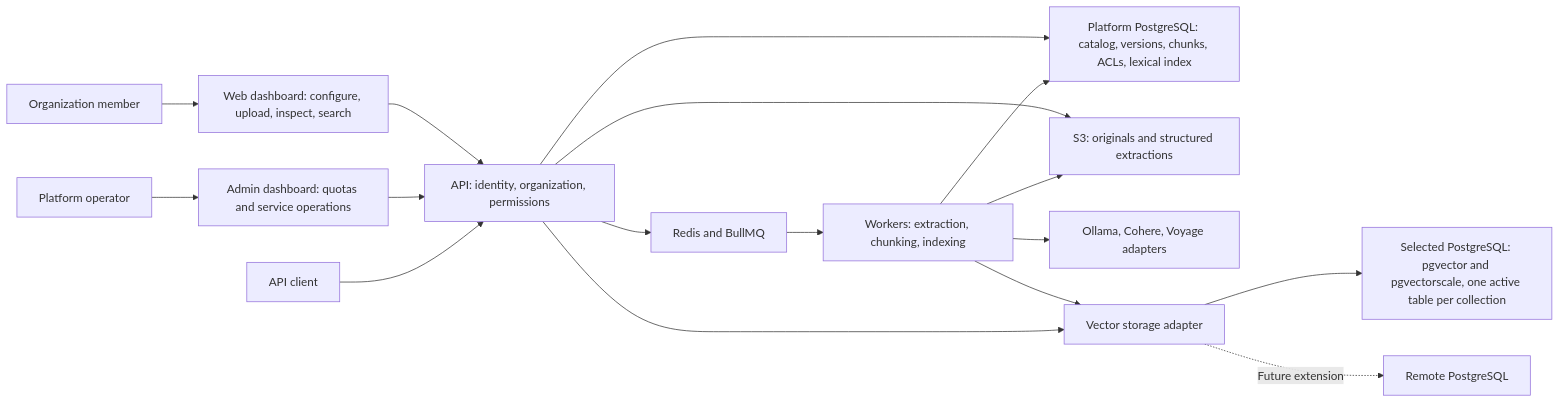
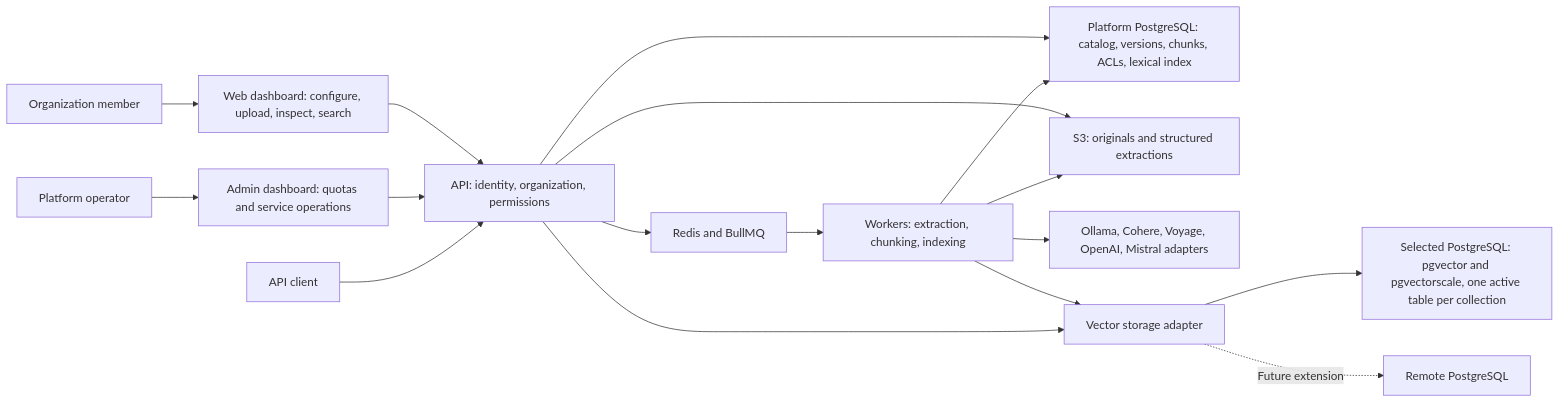
The first of 5 diagrams in docs/rag-implementation-plan.md (SimonLoir/vectorix), drawn with Mermaid before and after one commit. The commit also changed other lines of this file and 22 other files, not shown here.

Commit message:
feat(rag): add OpenAI and Mistral provider configuration

````diff
--- a/docs/rag-implementation-plan.md
+++ b/docs/rag-implementation-plan.md
@@ -24,19 +24,19 @@
 ```mermaid
 flowchart LR
     U["Organization member"] --> WEB["Web dashboard: configure, upload, inspect, search"]
     OP["Platform operator"] --> ADMIN["Admin dashboard: quotas and service operations"]
     WEB --> API["API: identity, organization, permissions"]
     ADMIN --> API
     CLIENT["API client"] --> API
     API --> APP["Platform PostgreSQL: catalog, versions, chunks, ACLs, lexical index"]
     API --> S3["S3: originals and structured extractions"]
     API --> QUEUE["Redis and BullMQ"]
     QUEUE --> WORKER["Workers: extraction, chunking, indexing"]
     WORKER --> APP
     WORKER --> S3
-    WORKER --> EMB["Ollama, Cohere, Voyage adapters"]
+    WORKER --> EMB["Ollama, Cohere, Voyage, OpenAI, Mistral adapters"]
     WORKER --> VS["Vector storage adapter"]
     API --> VS
     VS --> PG["Selected PostgreSQL: pgvector and pgvectorscale, one active table per collection"]
     VS -. "Future extension" .-> REMOTE["Remote PostgreSQL"]
 ```
````
